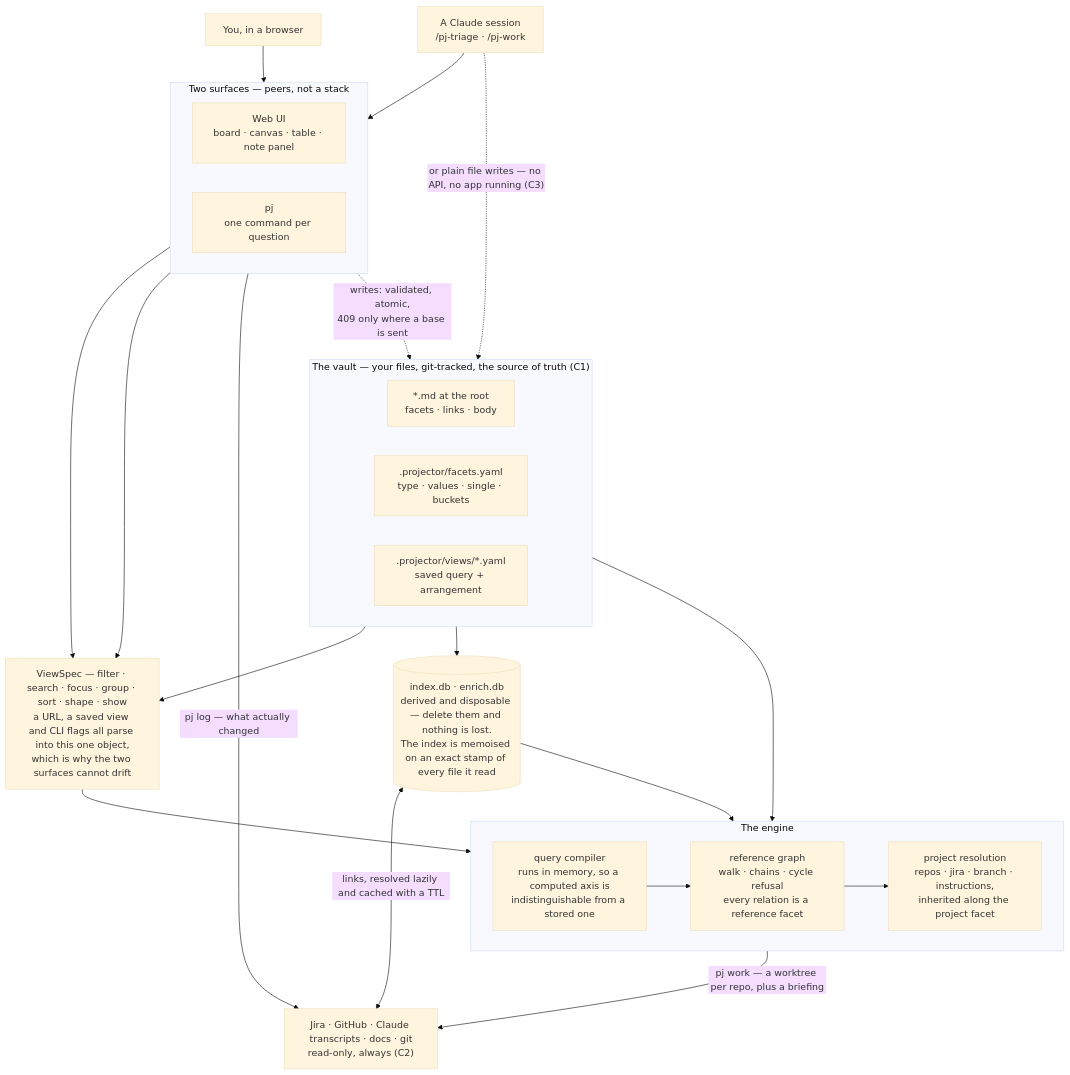
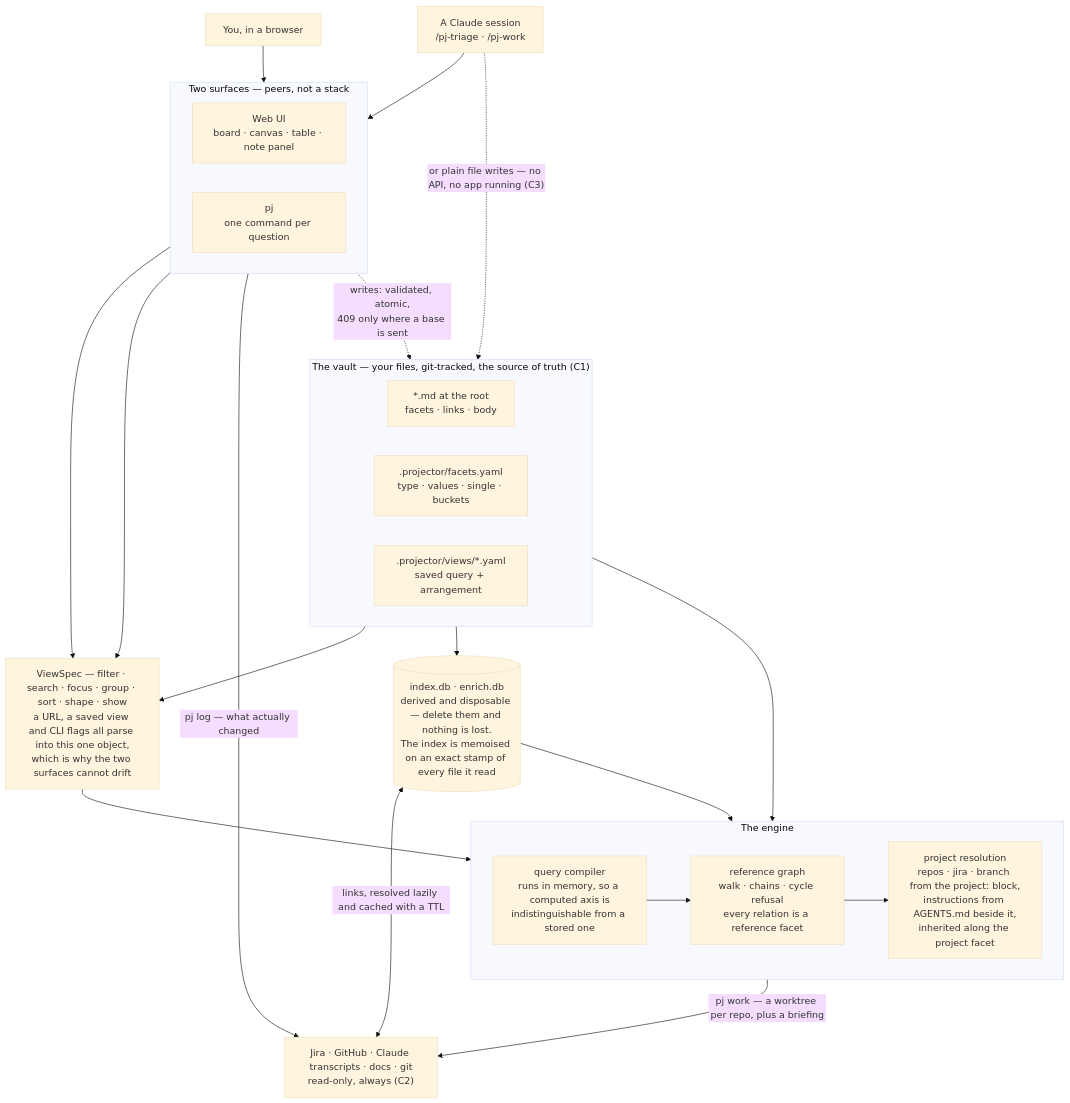
One commit to kramar42/projector changed the diagram in docs/ARCHITECTURE.md. Above: the diagram before and after it, drawn with Mermaid (base theme). The commit also changed other lines of this file and 22 other files, not shown here.

````diff
--- a/docs/ARCHITECTURE.md
+++ b/docs/ARCHITECTURE.md
@@ -27,50 +27,50 @@
 ```mermaid
 flowchart TB
   subgraph vault["The vault — your files, git-tracked, the source of truth (C1)"]
     direction LR
     notes["*.md at the root<br/>facets · links · body"]
     fac[".projector/facets.yaml<br/>type · values · single · buckets"]
     vw[".projector/views/*.yaml<br/>saved query + arrangement"]
   end
 
   you["You, in a browser"]
   agent["A Claude session<br/>/pj-triage · /pj-work"]
 
   subgraph surfaces["Two surfaces — peers, not a stack"]
     direction LR
     ui["Web UI<br/>board · canvas · table · note panel"]
     pj["pj<br/>one command per question"]
   end
 
   idx[("index.db · enrich.db<br/>derived and disposable — delete them and nothing is lost.<br/>The index is memoised on an exact stamp of every file it read")]
 
   spec["ViewSpec — filter · search · focus · group · sort · shape · show<br/>a URL, a saved view and CLI flags all parse into this one object,<br/>which is why the two surfaces cannot drift"]
 
   subgraph engine["The engine"]
     direction LR
     q["query compiler<br/>runs in memory, so a computed axis is<br/>indistinguishable from a stored one"]
     refs["reference graph<br/>walk · chains · cycle refusal<br/>every relation is a reference facet"]
-    proj["project resolution<br/>repos · jira · branch · instructions,<br/>inherited along the project facet"]
+    proj["project resolution<br/>repos · jira · branch from the project: block,<br/>instructions from AGENTS.md beside it,<br/>inherited along the project facet"]
   end
 
   outside["Jira · GitHub · Claude transcripts · docs · git<br/>read-only, always (C2)"]
 
   you --> ui
   agent --> pj
   vault --> idx
   vw --> spec
   ui --> spec
   pj --> spec
   fac --> q
   spec --> q
   idx --> q
   q --> refs
   refs --> proj
 
   surfaces -.->|"writes: validated, atomic,<br/>409 only where a base is sent"| notes
   agent -.->|"or plain file writes — no API, no app running (C3)"| notes
 
   idx <-->|"links, resolved lazily and cached with a TTL"| outside
   proj -->|"pj work — a worktree per repo, plus a briefing"| outside
   pj -->|"pj log — what actually changed"| outside
 ```
````
